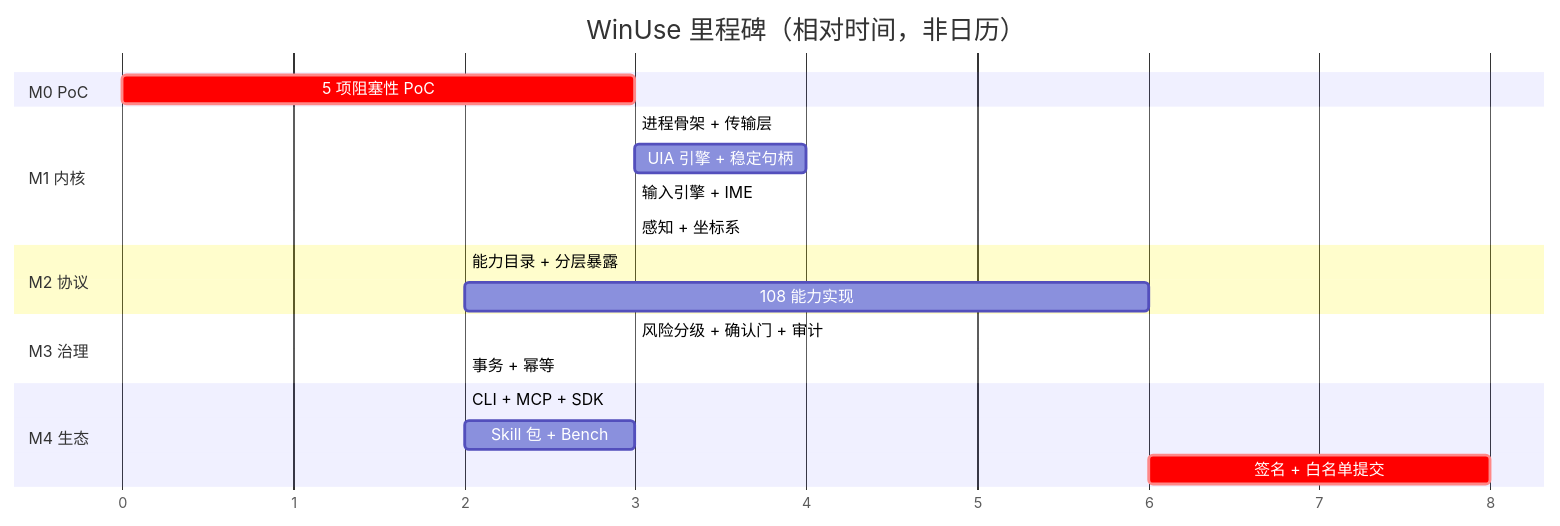
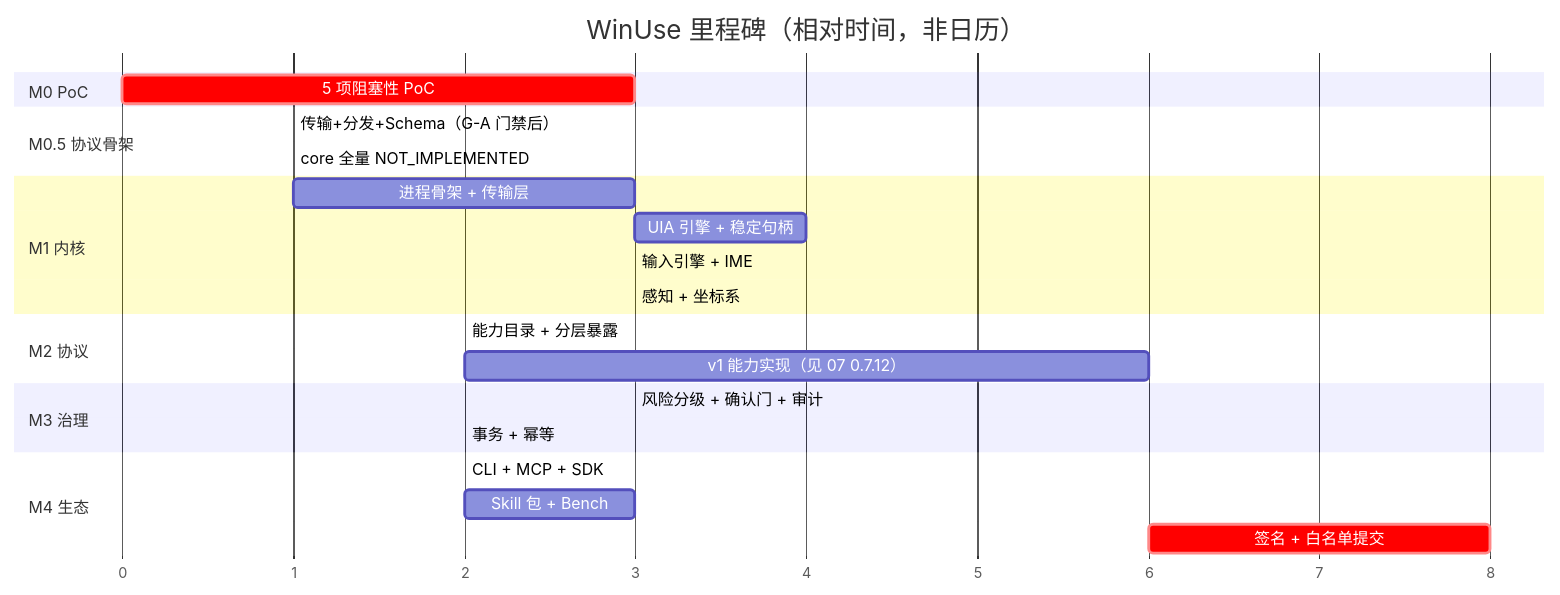
Before and after one commit to kimmywork/windows-use: the first of 2 diagrams in docs/09-roadmap.md, drawn with Mermaid. The commit also changed other lines of this file and 12 other files, not shown here.

````diff
--- a/docs/09-roadmap.md
+++ b/docs/09-roadmap.md
@@ -23,23 +23,26 @@
 ```mermaid
 gantt
     title WinUse 里程碑（相对时间，非日历）
     dateFormat X
     axisFormat %s
     section M0 PoC
     5 项阻塞性 PoC            :crit, m0, 0, 3
+    section M0.5 协议骨架
+    传输+分发+Schema（G-A 门禁后） :m05a, after m0, 1
+    core 全量 NOT_IMPLEMENTED :crit, m05b, after m05a, 1
     section M1 内核
-    进程骨架 + 传输层          :m1a, after m0, 3
+    进程骨架 + 传输层          :m1a, after m05b, 3
     UIA 引擎 + 稳定句柄        :m1b, after m1a, 4
     输入引擎 + IME             :m1c, after m1a, 3
     感知 + 坐标系              :m1d, after m1a, 3
     section M2 协议
     能力目录 + 分层暴露        :m2a, after m1b, 2
-    108 能力实现               :m2b, after m2a, 6
+    v1 能力实现（见 07 0.7.12）  :m2b, after m2a, 6
     section M3 治理
     风险分级 + 确认门 + 审计   :m3a, after m1a, 3
     事务 + 幂等                :m3b, after m2b, 2
     section M4 生态
     CLI + MCP + SDK            :m4a, after m2b, 2
     Skill 包 + Bench           :m4b, after m4a, 3
     签名 + 白名单提交          :crit, m4c, after m2b, 8
 ```
````
